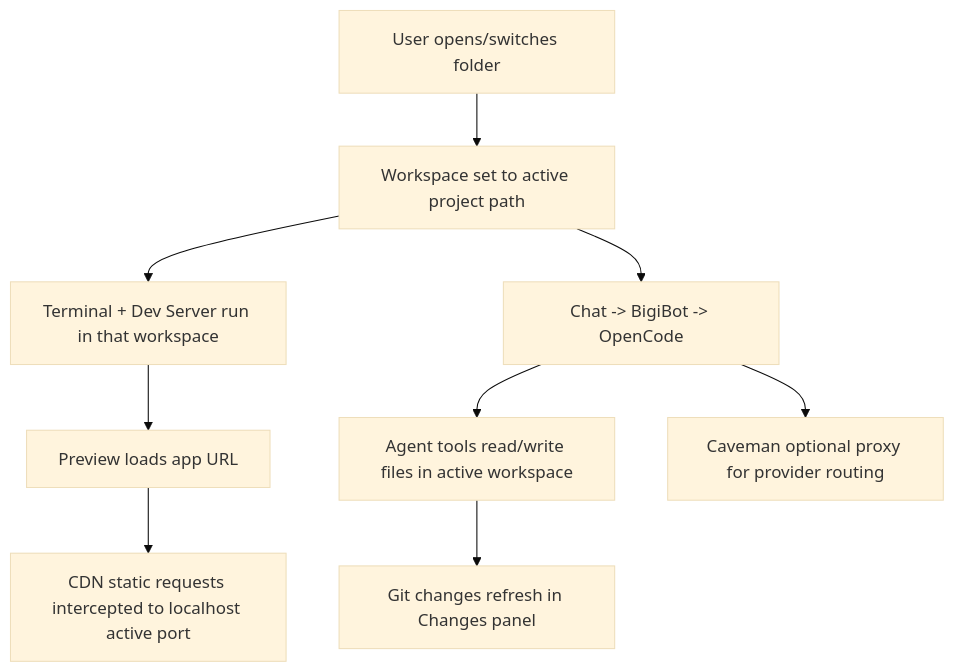
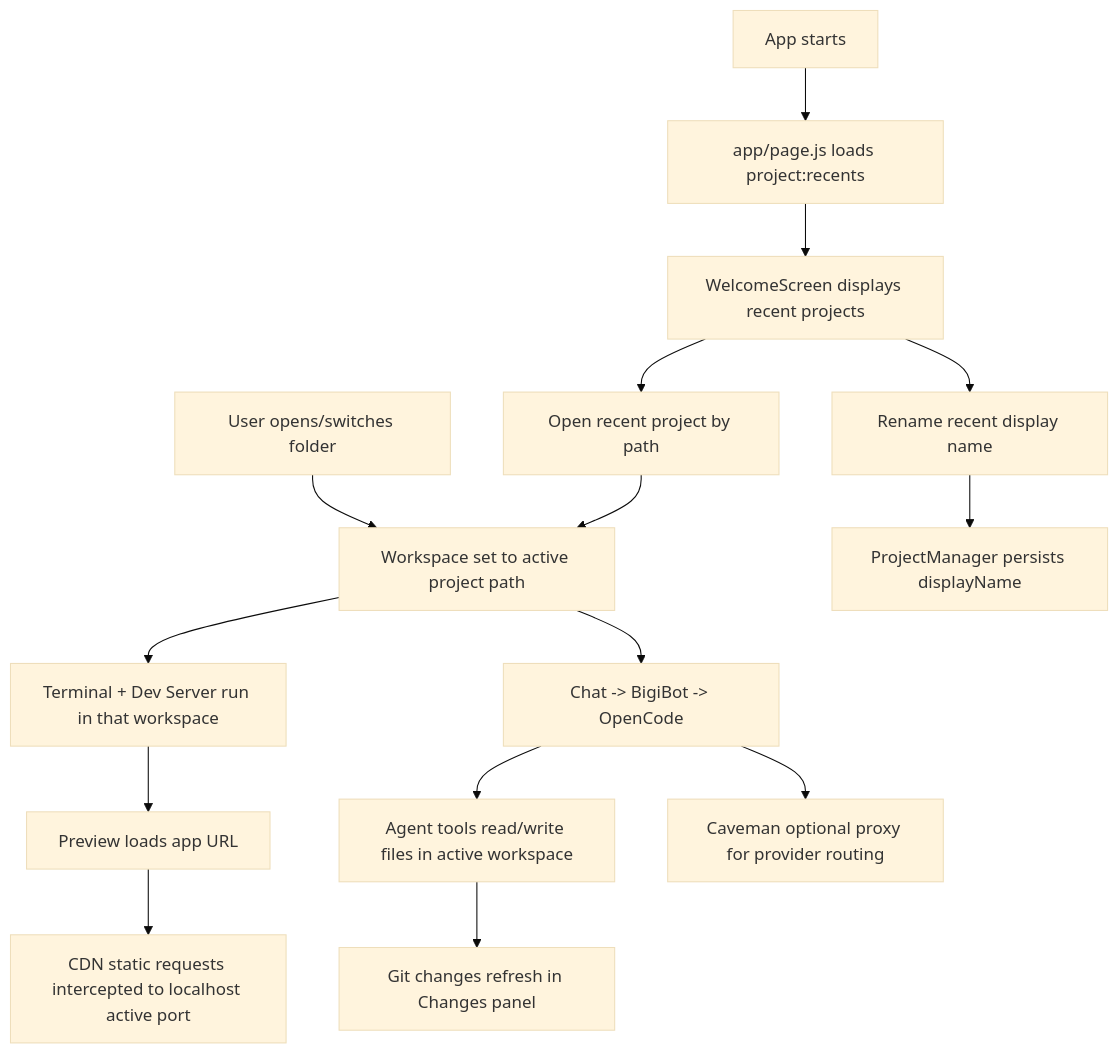
One commit to afreedhj-24057/biginVibe changed the first of 19 diagrams in docs/BIGINVIBE_WORKING_FLOW.md. Above: the diagram before and after it, drawn with Mermaid (base theme). The commit also changed other lines of this file and 25 other files, not shown here.

````diff
--- a/docs/BIGINVIBE_WORKING_FLOW.md
+++ b/docs/BIGINVIBE_WORKING_FLOW.md
@@ -7,11 +7,17 @@
 ```mermaid
 flowchart TD
+  S[App starts] --> R[app/page.js loads project:recents]
+  R --> H[WelcomeScreen displays recent projects]
   U[User opens/switches folder] --> W[Workspace set to active project path]
+  H --> U1[Open recent project by path]
+  U1 --> W
   W --> T[Terminal + Dev Server run in that workspace]
   T --> P[Preview loads app URL]
   P --> N[CDN static requests intercepted to localhost active port]
   W --> C[Chat -> BigiBot -> OpenCode]
   C --> O[Agent tools read/write files in active workspace]
   O --> G[Git changes refresh in Changes panel]
   C --> V[Caveman optional proxy for provider routing]
+  H --> RN[Rename recent display name]
+  RN --> RP[ProjectManager persists displayName]
 ```
````
